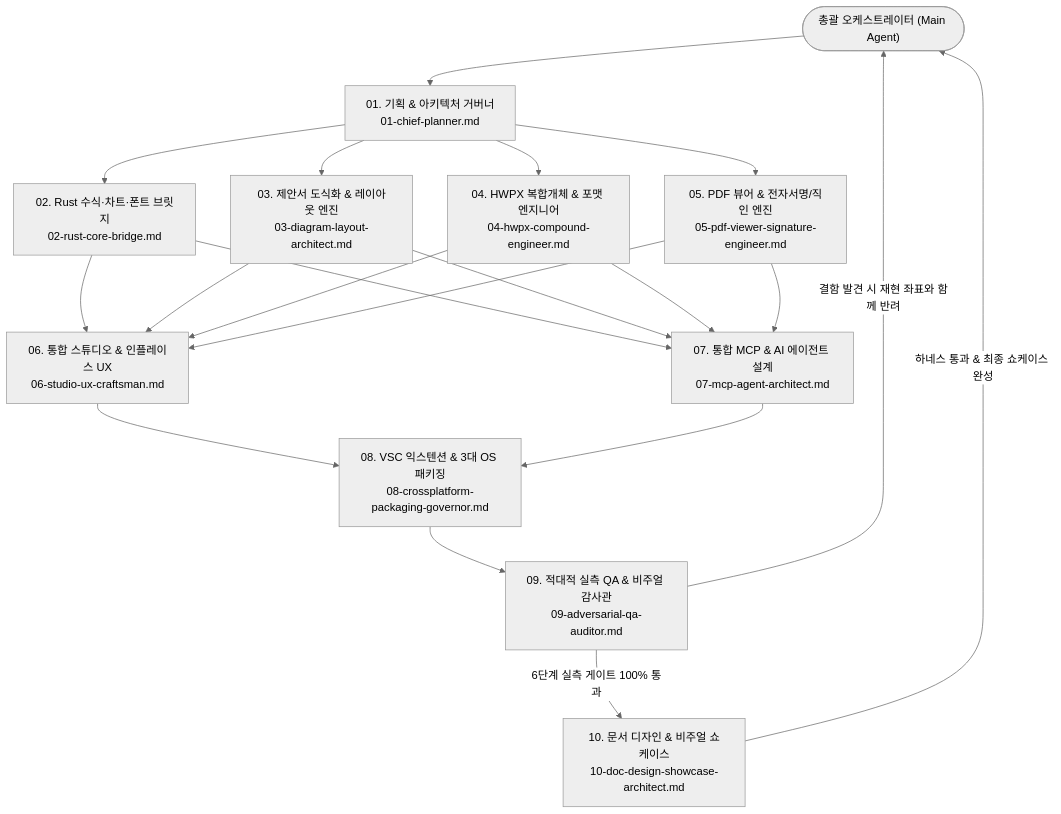
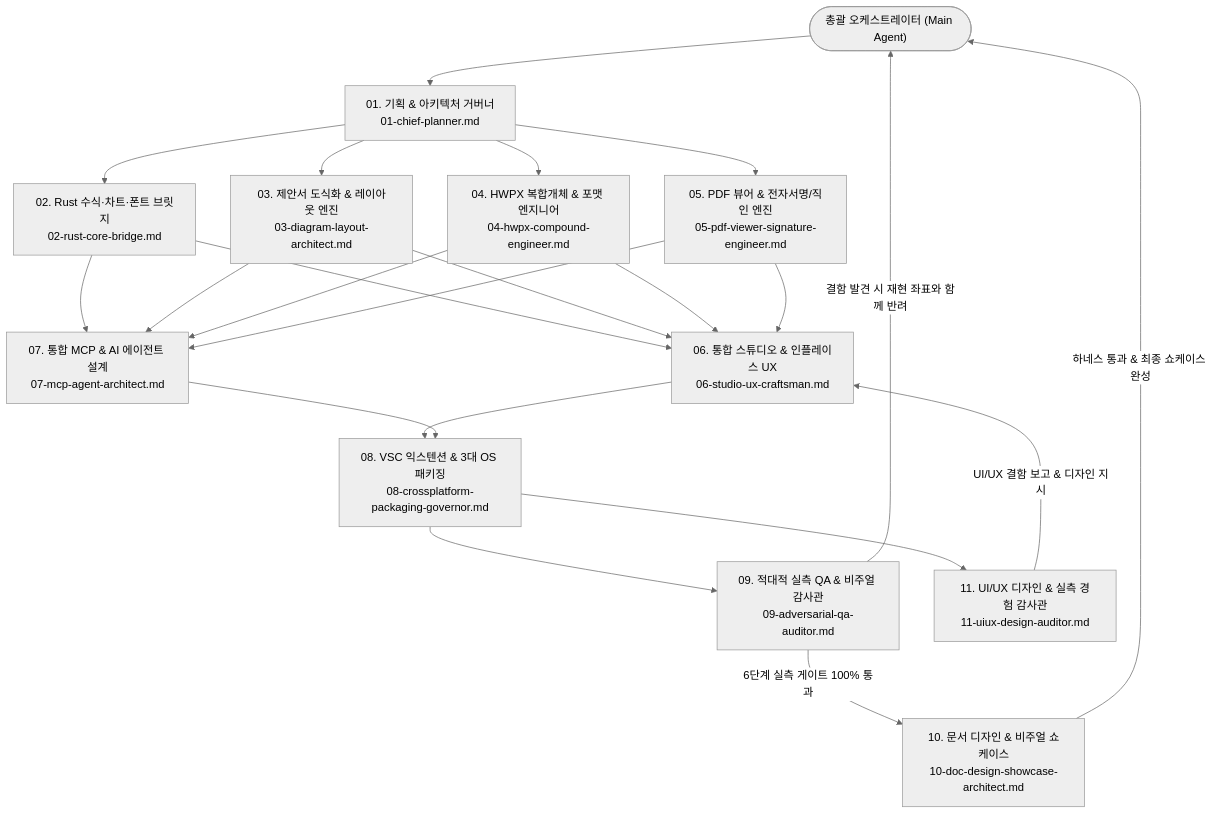
Before and after one commit to iamywl/ONEOFFICE: the first of 2 diagrams in AGENTS.md, drawn with Mermaid (neutral theme). The commit also changed other lines of this file and 36 other files, not shown here.

Commit message:
feat(ui): [UIUX-AUDIT-01] add oneoffice-uiux-auditor, audit & resolve 5-doc UI/UX gaps

````diff
--- a/AGENTS.md
+++ b/AGENTS.md
@@ -39,27 +39,29 @@
 ```mermaid
 flowchart TD
     Orch(["총괄 오케스트레이터 (Main Agent)"]) --> P["01. 기획 & 아키텍처 거버너\n01-chief-planner.md"]
     
     P --> R["02. Rust 수식·차트·폰트 브릿지\n02-rust-core-bridge.md"]
     P --> D["03. 제안서 도식화 & 레이아웃 엔진\n03-diagram-layout-architect.md"]
     P --> H["04. HWPX 복합개체 & 포맷 엔지니어\n04-hwpx-compound-engineer.md"]
     P --> PDF["05. PDF 뷰어 & 전자서명/직인 엔진\n05-pdf-viewer-signature-engineer.md"]
 
     R --> U["06. 통합 스튜디오 & 인플레이스 UX\n06-studio-ux-craftsman.md"]
     D --> U
     H --> U
     PDF --> U
 
     R --> M["07. 통합 MCP & AI 에이전트 설계\n07-mcp-agent-architect.md"]
     D --> M
     H --> M
     PDF --> M
 
     U --> PKG["08. VSC 익스텐션 & 3대 OS 패키징\n08-crossplatform-packaging-governor.md"]
     M --> PKG
 
     PKG --> Q["09. 적대적 실측 QA & 비주얼 감사관\n09-adversarial-qa-auditor.md"]
+    PKG --> UIX["11. UI/UX 디자인 & 실측 경험 감사관\n11-uiux-design-auditor.md"]
+    UIX -->|"UI/UX 결함 보고 & 디자인 지시"| U
     Q -->|"6단계 실측 게이트 100% 통과"| DOC["10. 문서 디자인 & 비주얼 쇼케이스\n10-doc-design-showcase-architect.md"]
     DOC -->|"하네스 통과 & 최종 쇼케이스 완성"| Orch
     Q -->|"결함 발견 시 재현 좌표와 함께 반려"| Orch
 ```
````
